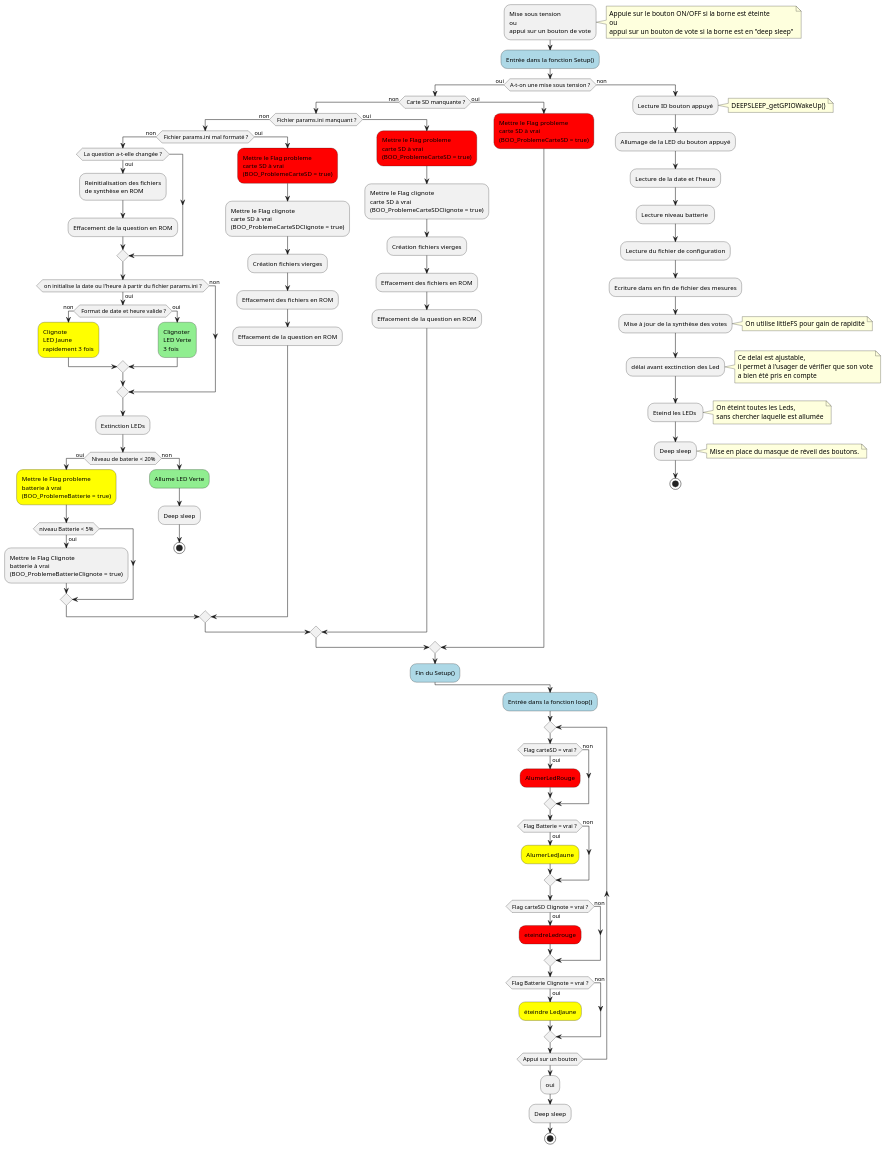
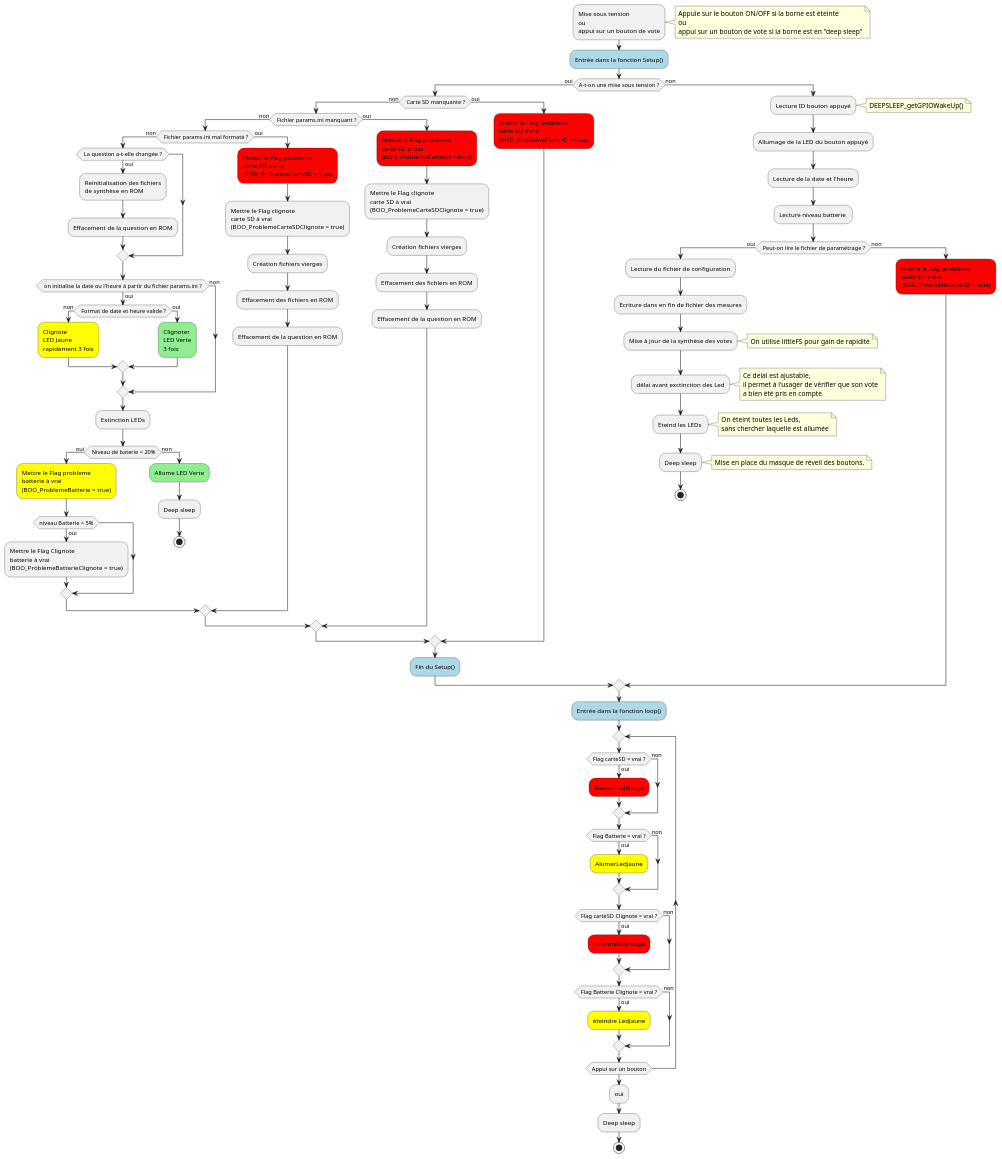
Before and after one commit to AlexP20000/borne-satisfaction: the diagram in Programmation/Microcontroleur/illustrations/Diagrams.plantuml, drawn with PlantUML. The commit also changed 3 other files, not shown here.

```diff
--- a/Programmation/Microcontroleur/illustrations/Diagrams.plantuml
+++ b/Programmation/Microcontroleur/illustrations/Diagrams.plantuml
@@ -1,119 +1,123 @@
 @startuml
 :Mise sous tension\nou\nappui sur un bouton de vote;
 note right
 Appuie sur le bouton ON/OFF si la borne est éteinte 
 ou 
 appui sur un bouton de vote si la borne est en "deep sleep"
 end note
 #lightblue:Entrée dans la fonction Setup();
 
 if (A-t-on une mise sous tension ?) then (oui)
 	if( Carte SD manquante ?) then (non)
 		if( Fichier params.ini manquant ?) then (non)
 			if( Fichier params.ini mal formaté ?) then (non)
 				if( La question a-t-elle changée ? ) then (oui)
 					:Reinitialisation des fichiers\nde synthèse en ROM;
 					:Effacement de la question en ROM;
 				endif
 				if( on initialise la date ou l'heure à partir du fichier params.ini ? ) then (non)
 				else (oui)
 					if( Format de date et heure valide ?) then (non)
 						#yellow:Clignote\nLED Jaune\nrapidement 3 fois;
 					else (oui)
 						#lightgreen:Clignoter\nLED Verte\n3 fois;
 					endif
 				endif
 				:Extinction LEDs;
 				if ( Niveau de baterie < 20%) then (oui)
 					#yellow:Mettre le Flag probleme\nbatterie à vrai\n(BOO_ProblemeBatterie = true);
 					if (niveau Batterie < 5%) then (oui)
 						:Mettre le Flag Clignote\nbatterie à vrai\n(BOO_ProblemeBatterieClignote = true);
 					endif
 				else (non)
 					#lightgreen:Allume LED Verte;
 
 					:Deep sleep;
 					stop
 				endif
 			else (oui)
 				#red:Mettre le Flag probleme\ncarte SD à vrai\n(BOO_ProblemeCarteSD = true);
 				:Mettre le Flag clignote\ncarte SD à vrai\n(BOO_ProblemeCarteSDClignote = true);
 				:Création fichiers vierges;
 				:Effacement des fichiers en ROM;
 				:Effacement de la question en ROM;
 			endif
 		else (oui)
 			#red:Mettre le Flag probleme\ncarte SD à vrai\n(BOO_ProblemeCarteSD = true);
 			:Mettre le Flag clignote\ncarte SD à vrai\n(BOO_ProblemeCarteSDClignote = true);
 			:Création fichiers vierges;
 			:Effacement des fichiers en ROM;
 			:Effacement de la question en ROM;
 		endif
 	else (oui)
 		#red:Mettre le Flag probleme\ncarte SD à vrai\n(BOO_ProblemeCarteSD = true);
 	endif
 	#lightblue:Fin du Setup();
 
 else (non)
   
 	:Lecture ID bouton appuyé;
 	note right
 		DEEPSLEEP_getGPIOWakeUp()
 	end note 
 	
 	:Allumage de la LED du bouton appuyé;
 	:Lecture de la date et l'heure;
 	:Lecture niveau batterie ;
-	:Lecture du fichier de configuration;
-	:Ecriture dans en fin de fichier des mesures;
-	:Mise à jour de la synthèse des votes;
-	note right
-		On utilise littleFS pour gain de rapidité
-	end note
+	if( Peut-on lire le fichier de paramétrage ?) then (oui)
+		:Lecture du fichier de configuration;
+		:Ecriture dans en fin de fichier des mesures;
+		:Mise à jour de la synthèse des votes;
+		note right
+			On utilise littleFS pour gain de rapidité
+		end note
 
-	:délai avant exctinction des Led;
-	note right
-		Ce delai est ajustable,
-		il permet à l'usager de vérifier que son vote
-		a bien été pris en compte
-	end note
+		:délai avant exctinction des Led;
+		note right
+			Ce delai est ajustable,
+			il permet à l'usager de vérifier que son vote
+			a bien été pris en compte
+		end note
 
-	:Eteind les LEDs ;
-	note right
-		On éteint toutes les Leds,
-		sans chercher laquelle est allumée
-	end note
-	
-	:Deep sleep;
-	note right
-		Mise en place du masque de réveil des boutons.
-	end note
-	stop
+		:Eteind les LEDs ;
+		note right
+			On éteint toutes les Leds,
+			sans chercher laquelle est allumée
+		end note
+		
+		:Deep sleep;
+		note right
+			Mise en place du masque de réveil des boutons.
+		end note
+		stop
+	else (non)
+		#red:Mettre le Flag probleme\ncarte SD à vrai\n(BOO_ProblemeCarteSD = true);
+	endif
 endif;
 
 #lightblue:Entrée dans la fonction loop();
 repeat
 	if (Flag carteSD = vrai ?) then (oui)
 		#red:AlumerLedRouge;
 	else (non)
 	endif
 	  
 	if(Flag Batterie = vrai ?) then (oui)
 		#yellow:AlumerLedJaune;
 	else(non)
 	endif
 
 	if (Flag carteSD Clignote = vrai ?) then(oui)
 		#red:eteindreLedrouge;
 	else(non)
 	endif
 
 	if (Flag Batterie Clignote = vrai ?) then(oui)
 		#yellow:éteindre LedJaune;
 	else (non)
 	endif
 repeat while(Appui sur un bouton)
 :oui;
 :Deep sleep;
 stop
 @enduml
```
